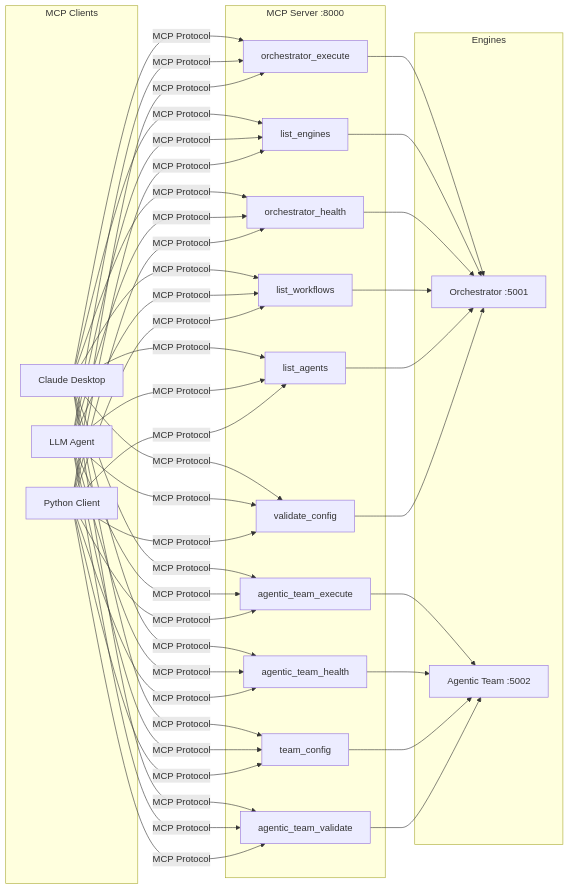
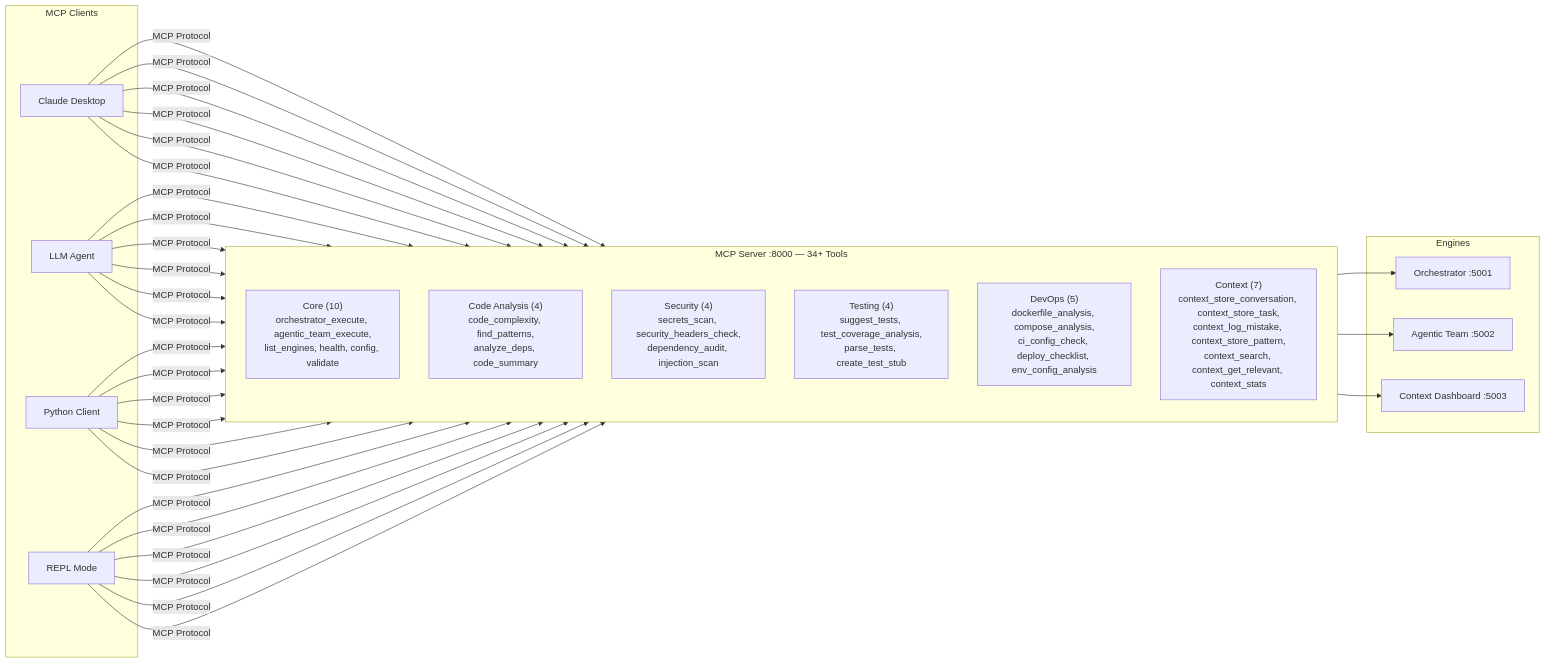
One commit to KhaiTrang1995/AI-Agents-Orchestrator changed diagram 12 of 12 in README.md. Above: the diagram before and after it, drawn with Mermaid. The commit also changed other lines of this file, not shown here.

First line of the commit message:
docs: expand README coverage for Context System, Skills/Agents, and agentic infrastructure

````diff
--- a/README.md
+++ b/README.md
@@ -795,30 +1099,29 @@
 ```mermaid
 graph LR
     subgraph "MCP Clients"
         CD[Claude Desktop]
         LA[LLM Agent]
         PY[Python Client]
+        REPL[REPL Mode]
     end
 
-    subgraph "MCP Server :8000"
-        T1[orchestrator_execute]
-        T2[agentic_team_execute]
-        T3[list_engines]
-        T4[orchestrator_health]
-        T5[agentic_team_health]
-        T6[list_workflows]
-        T7[list_agents]
-        T8[validate_config]
-        T9[team_config]
-        T10[agentic_team_validate]
+    subgraph "MCP Server :8000 — 34+ Tools"
+        direction TB
+        CORE["Core (10)<br/>orchestrator_execute, agentic_team_execute,<br/>list_engines, health, config, validate"]
+        CODE["Code Analysis (4)<br/>code_complexity, find_patterns,<br/>analyze_deps, code_summary"]
+        SEC["Security (4)<br/>secrets_scan, security_headers_check,<br/>dependency_audit, injection_scan"]
+        TEST["Testing (4)<br/>suggest_tests, test_coverage_analysis,<br/>parse_tests, create_test_stub"]
+        DEVOPS["DevOps (5)<br/>dockerfile_analysis, compose_analysis,<br/>ci_config_check, deploy_checklist, env_config_analysis"]
+        CTX["Context (7)<br/>context_store_conversation, context_store_task,<br/>context_log_mistake, context_store_pattern,<br/>context_search, context_get_relevant, context_stats"]
     end
 
     subgraph "Engines"
         O[Orchestrator :5001]
         A[Agentic Team :5002]
+        D[Context Dashboard :5003]
     end
 
-    CD & LA & PY -->|MCP Protocol| T1 & T2 & T3 & T4 & T5 & T6 & T7 & T8 & T9 & T10
-    T1 & T3 & T4 & T6 & T7 & T8 --> O
-    T2 & T5 & T9 & T10 --> A
+    CD & LA & PY & REPL -->|MCP Protocol| CORE & CODE & SEC & TEST & DEVOPS & CTX
+    CORE --> O & A
+    CTX --> D
 ```
````
